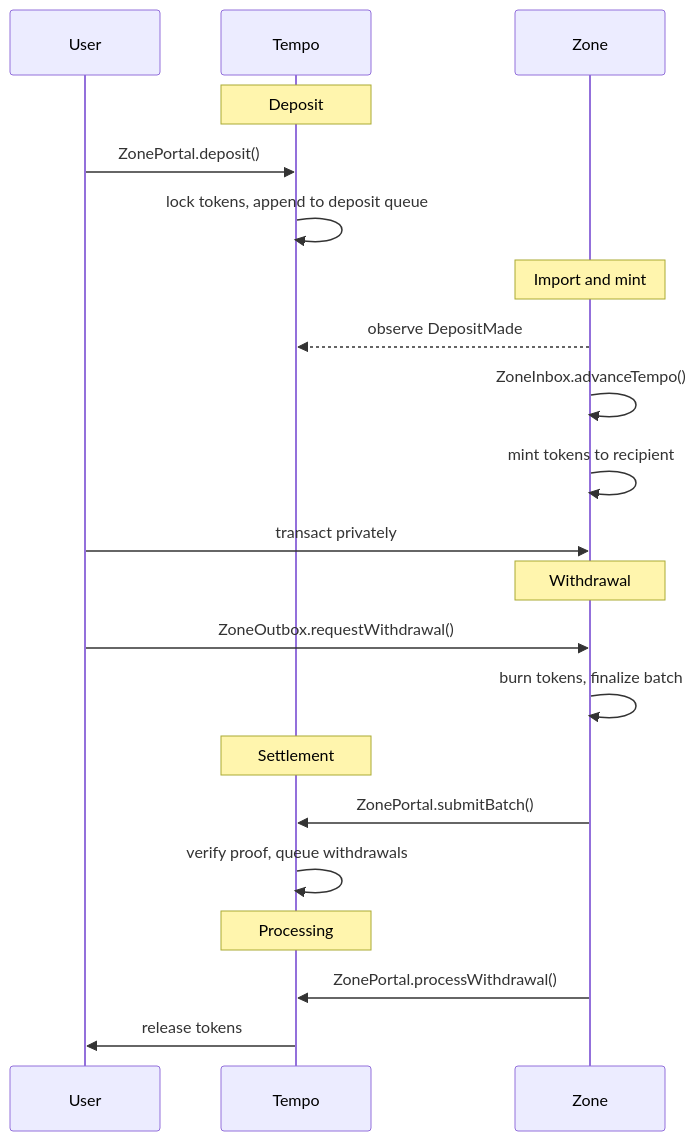
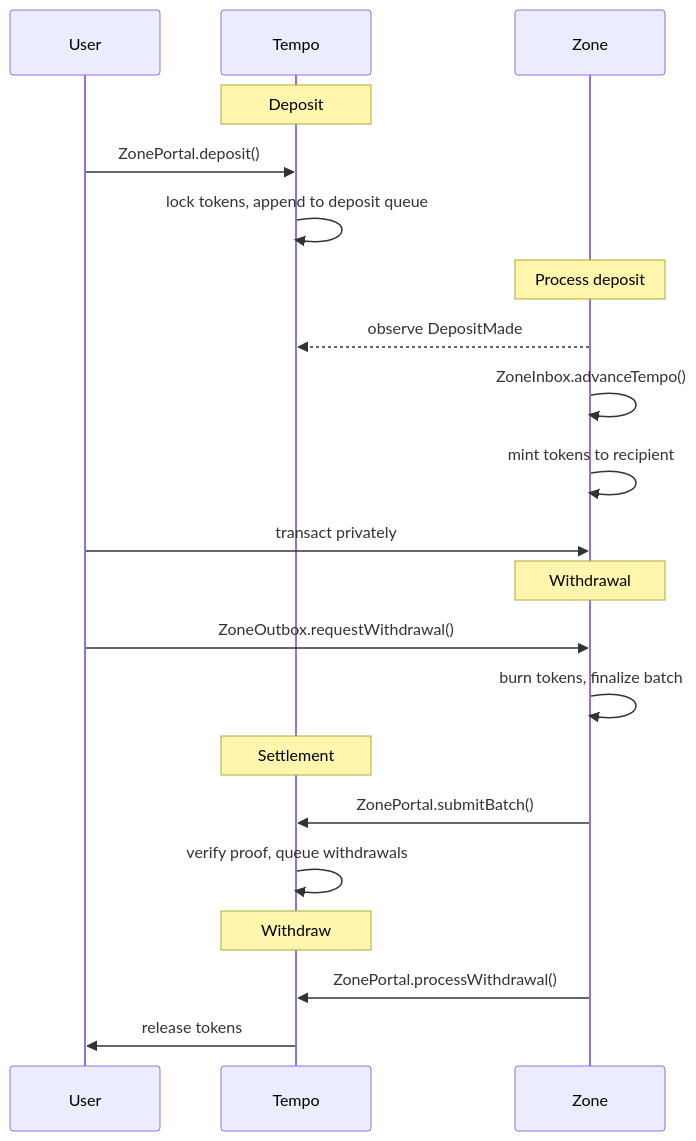
Before and after one commit to tempoxyz/zones: the first of 4 diagrams in docs/specs/zone_spec.md, drawn with Mermaid. The commit also changed other lines of this file, not shown here.

Commit message:
docs: diagram labels

````diff
--- a/docs/specs/zone_spec.md
+++ b/docs/specs/zone_spec.md
@@ -128,29 +128,29 @@
 ```mermaid
 sequenceDiagram
     participant U as User
     participant T as Tempo
     participant Z as Zone
 
     Note over T: Deposit
     U->>T: ZonePortal.deposit()
     T->>T: lock tokens, append to deposit queue
 
-    Note over Z: Import and mint
+    Note over Z: Process deposit
     Z-->>T: observe DepositMade
     Z->>Z: ZoneInbox.advanceTempo()
     Z->>Z: mint tokens to recipient
 
     U->>Z: transact privately
 
     Note over Z: Withdrawal
     U->>Z: ZoneOutbox.requestWithdrawal()
     Z->>Z: burn tokens, finalize batch
 
     Note over T: Settlement
     Z->>T: ZonePortal.submitBatch()
     T->>T: verify proof, queue withdrawals
 
-    Note over T: Processing
+    Note over T: Withdraw
     Z->>T: ZonePortal.processWithdrawal()
     T->>U: release tokens
 ```
````
